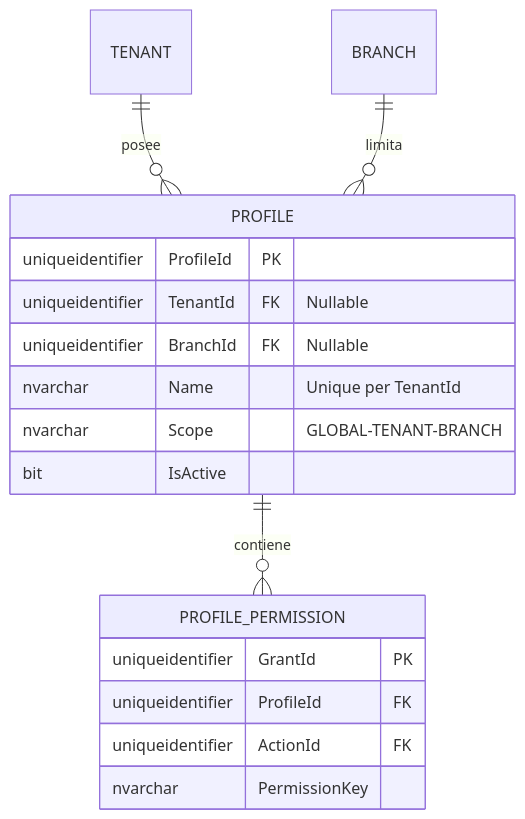
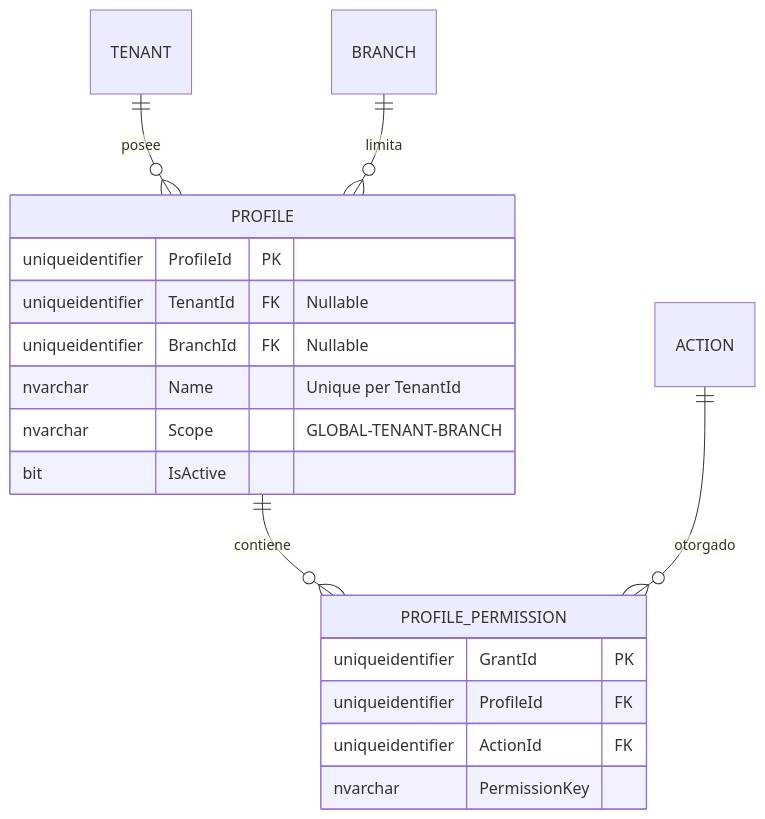
Before and after one commit to beyondnetcode/ums: the fourth of 4 diagrams in docs/domain-es/authorization/profile.md, drawn with Mermaid. The commit also changed other lines of this file and 19 other files, not shown here.

````diff
--- a/docs/domain-es/authorization/profile.md
+++ b/docs/domain-es/authorization/profile.md
@@ -119,21 +169,22 @@
 ```mermaid
 erDiagram
     PROFILE ||--o{ PROFILE_PERMISSION : "contiene"
     TENANT ||--o{ PROFILE : "posee"
     BRANCH ||--o{ PROFILE : "limita"
+    ACTION ||--o{ PROFILE_PERMISSION : "otorgado"
 
     PROFILE {
         uniqueidentifier ProfileId PK
         uniqueidentifier TenantId FK "Nullable"
         uniqueidentifier BranchId FK "Nullable"
         nvarchar Name "Unique per TenantId"
         nvarchar Scope "GLOBAL-TENANT-BRANCH"
         bit IsActive
     }
     PROFILE_PERMISSION {
         uniqueidentifier GrantId PK
         uniqueidentifier ProfileId FK
         uniqueidentifier ActionId FK
         nvarchar PermissionKey
     }
 ```
````
